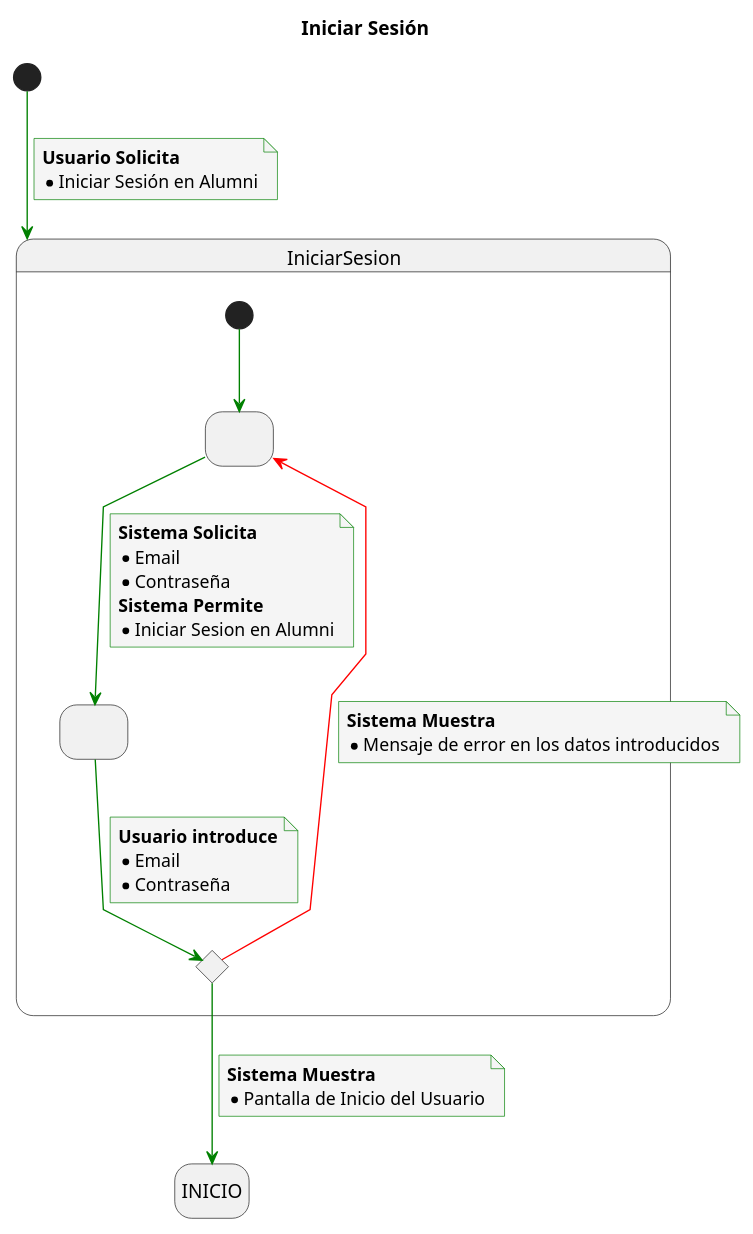
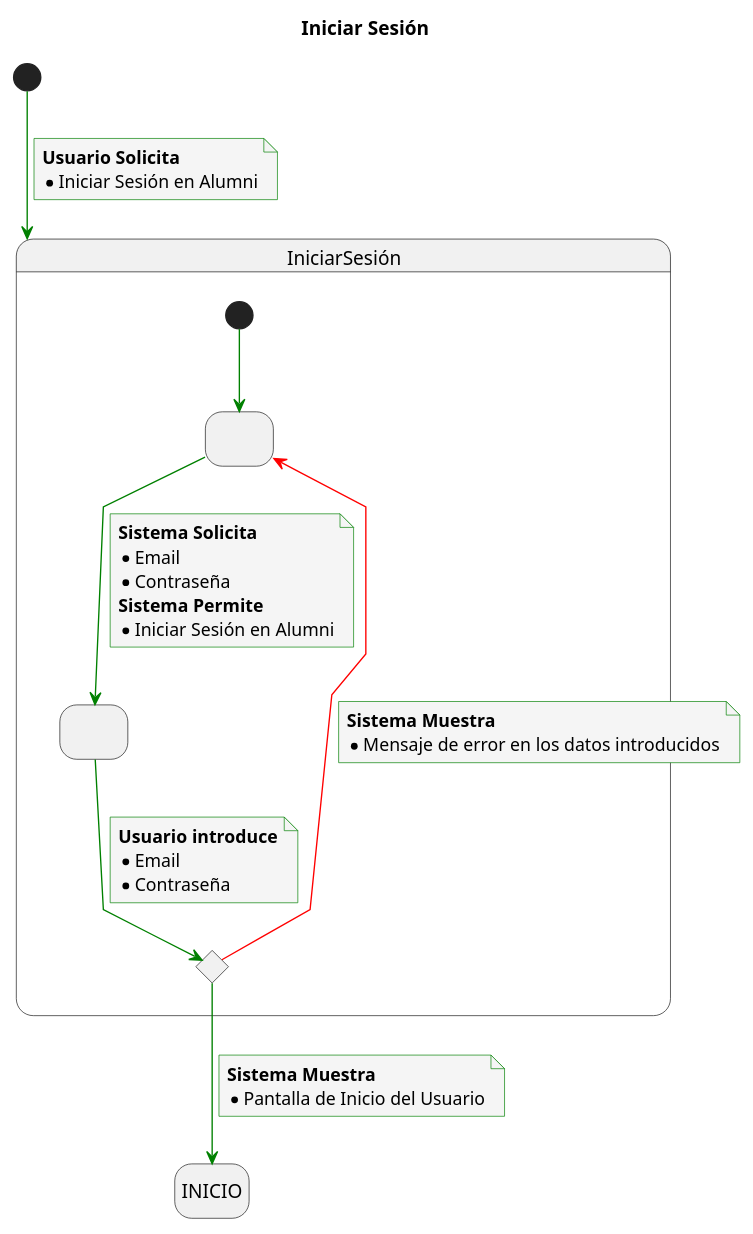
One commit to mmasias/23-24-IdSw1-SDR changed the diagram in Caso_de_Uso/Casos_de_Uso/Usuarios/Iniciar_Sesion/Caso_de_Uso.puml. Above: the diagram before and after it, drawn with PlantUML. The commit also changed 7 other files, not shown here.

```diff
--- a/Caso_de_Uso/Casos_de_Uso/Usuarios/Iniciar_Sesion/Caso_de_Uso.puml
+++ b/Caso_de_Uso/Casos_de_Uso/Usuarios/Iniciar_Sesion/Caso_de_Uso.puml
@@ -1,59 +1,59 @@
 @startuml
 
 title Iniciar Sesión
 
 skinparam {
     NoteBackgroundColor #whiteSmoke
     ArrowColor #green
     NoteBorderColor #green
     linetype polyline
 }
 
 hide empty description
 
 state INICIO
 
-[*] --> IniciarSesion
+[*] --> IniciarSesión
 note on link
     <b>Usuario Solicita</b>
     * Iniciar Sesión en Alumni
 end note
 
-state IniciarSesion {
+state IniciarSesión {
 state 2 as " "
 state 3 as " "
 state 4 <<choice>>
 
 [*] -down-> 2
 
 2 -down-> 3
 note on link
 <b>Sistema Solicita</b>
 * Email
 * Contraseña
 <b>Sistema Permite</b>
-* Iniciar Sesion en Alumni
+* Iniciar Sesión en Alumni
 end note
 
 3 -down-> 4
 note on link
 <b>Usuario introduce</b>
 * Email
 * Contraseña
 end note
 
 4 -down-> INICIO
 note on link
 <b>Sistema Muestra</b>
 * Pantalla de Inicio del Usuario
 end note
 
 4 -[#red]-> 2
 note on link
 <b>Sistema Muestra</b>
 * Mensaje de error en los datos introducidos
 end note
 
 }
 
 @enduml
```
